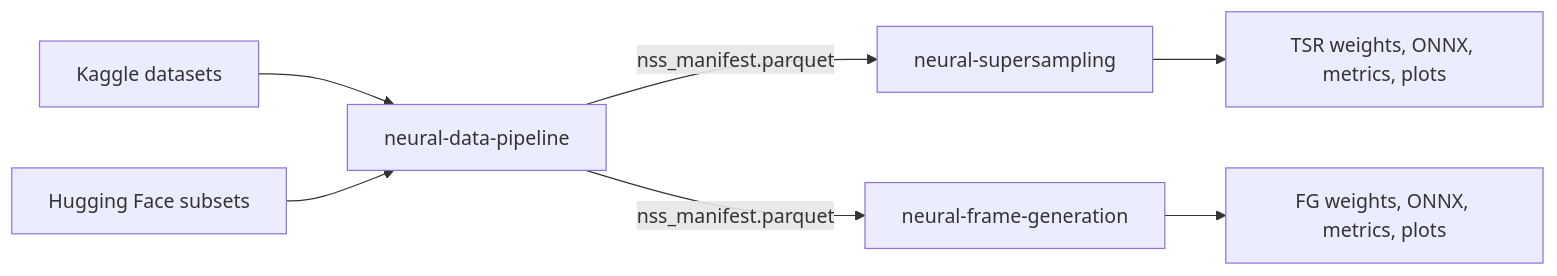
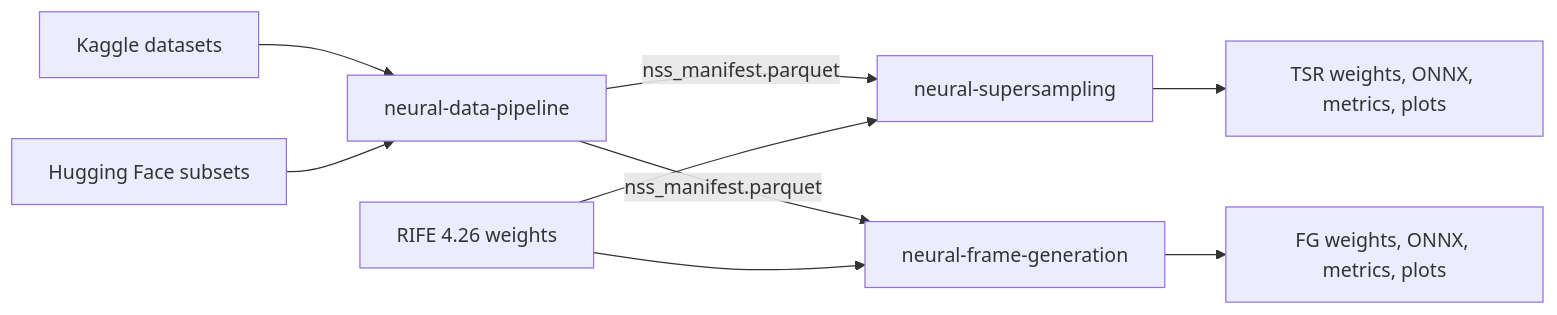
One commit to parthmital/High-Throughput-Neural-Super-Sampling changed the first of 2 diagrams in README.md. Above: the diagram before and after it, drawn with Mermaid. The commit also changed other lines of this file and 276 other files, not shown here.

````diff
--- a/README.md
+++ b/README.md
@@ -78,9 +76,11 @@
 ```mermaid
 flowchart LR
     K[Kaggle datasets] --> P[neural-data-pipeline]
     H[Hugging Face subsets] --> P
     P -->|nss_manifest.parquet| T[neural-supersampling]
     P -->|nss_manifest.parquet| G[neural-frame-generation]
+    R[RIFE 4.26 weights] --> T
+    R --> G
     T --> TO[TSR weights, ONNX, metrics, plots]
     G --> GO[FG weights, ONNX, metrics, plots]
 ```
````
